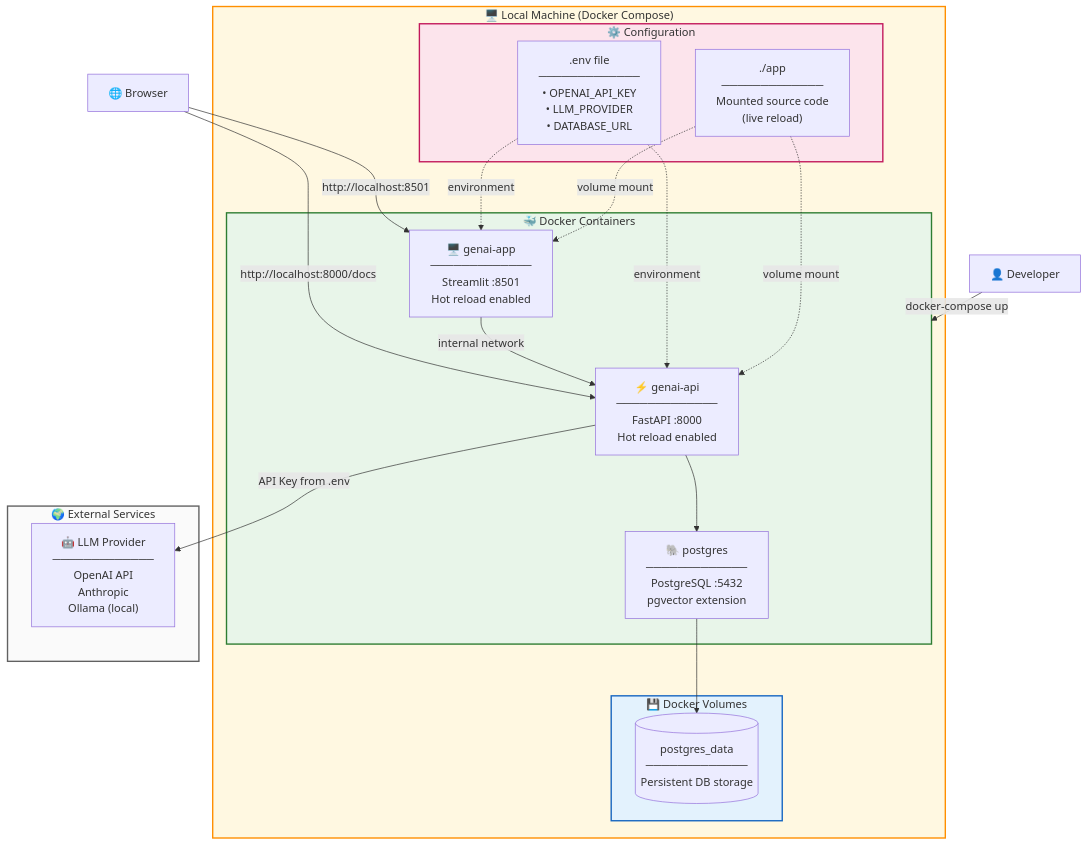
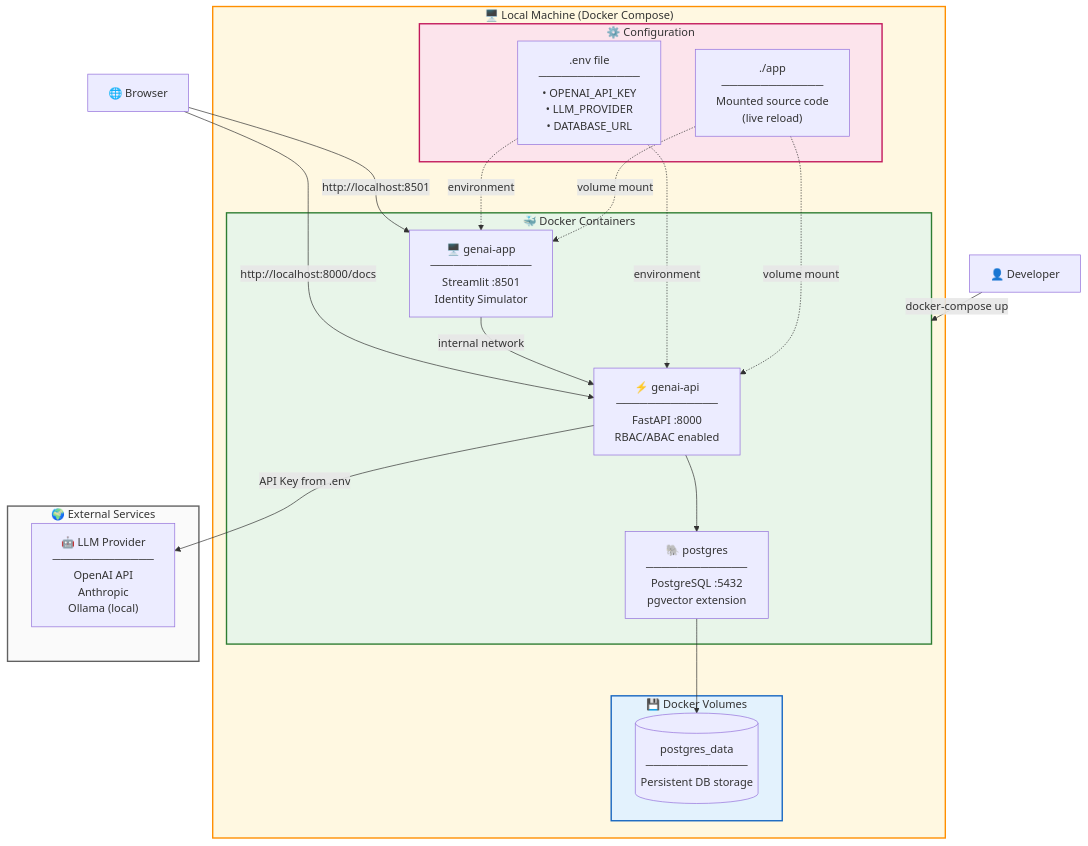
One commit to vlzm/genai-accelerator changed the second of 3 diagrams in README.md. Above: the diagram before and after it, drawn with Mermaid. The commit also changed other lines of this file and 1 other file, not shown here.

Commit message:
Added abac and rbac to readme

````diff
--- a/README.md
+++ b/README.md
@@ -92,48 +92,48 @@
 ```mermaid
 flowchart TB
     subgraph Local["🖥️ Local Machine (Docker Compose)"]
         
         subgraph Containers["🐳 Docker Containers"]
-            API["⚡ genai-api<br/>─────────────<br/>FastAPI :8000<br/>Hot reload enabled"]
-            UI["🖥️ genai-app<br/>─────────────<br/>Streamlit :8501<br/>Hot reload enabled"]
+            API["⚡ genai-api<br/>─────────────<br/>FastAPI :8000<br/>RBAC/ABAC enabled"]
+            UI["🖥️ genai-app<br/>─────────────<br/>Streamlit :8501<br/>Identity Simulator"]
             PG["🐘 postgres<br/>─────────────<br/>PostgreSQL :5432<br/>pgvector extension"]
         end
         
         subgraph Volumes["💾 Docker Volumes"]
             PGDATA[("postgres_data<br/>─────────────<br/>Persistent DB storage")]
         end
         
         subgraph Config["⚙️ Configuration"]
             ENV[".env file<br/>─────────────<br/>• OPENAI_API_KEY<br/>• LLM_PROVIDER<br/>• DATABASE_URL"]
             CODE["./app<br/>─────────────<br/>Mounted source code<br/>(live reload)"]
         end
     end
     
     subgraph External["🌍 External Services"]
         LLM["🤖 LLM Provider<br/>─────────────<br/>OpenAI API<br/>Anthropic<br/>Ollama (local)"]
     end
     
     User["👤 Developer"]
     Browser["🌐 Browser"]
 
     User -->|"docker-compose up"| Containers
     Browser -->|"http://localhost:8501"| UI
     Browser -->|"http://localhost:8000/docs"| API
     
     UI -->|"internal network"| API
     API --> PG
     PG --> PGDATA
     
     ENV -.->|"environment"| API
     ENV -.->|"environment"| UI
     CODE -.->|"volume mount"| API
     CODE -.->|"volume mount"| UI
     
     API -->|"API Key from .env"| LLM
 
     style Local fill:#fff8e1,stroke:#ff8f00,stroke-width:2px
     style Containers fill:#e8f5e9,stroke:#2e7d32,stroke-width:2px
     style Volumes fill:#e3f2fd,stroke:#1565c0,stroke-width:2px
     style Config fill:#fce4ec,stroke:#c2185b,stroke-width:2px
     style External fill:#fafafa,stroke:#616161,stroke-width:2px
 ```
````
